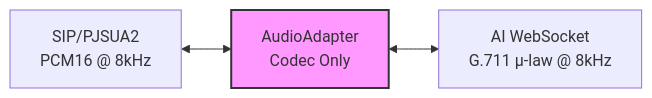
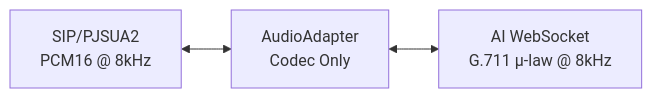
Before and after one commit to aicc2025/sip-to-ai: the first of 2 diagrams in README.md, drawn with Mermaid.

Commit message:
docs(core-arch): beautify Mermaid diagram for Core Architecture

````diff
--- a/README.md
+++ b/README.md
@@ -82,7 +82,6 @@
 ```mermaid
 graph LR
     SIP[SIP/PJSUA2<br/>PCM16 @ 8kHz] <--> AA[AudioAdapter<br/>Codec Only]
     AA <--> AI[AI WebSocket<br/>G.711 μ-law @ 8kHz]
-
-    style AA fill:#f9f,stroke:#333,stroke-width:2px
+    
 ```
````
